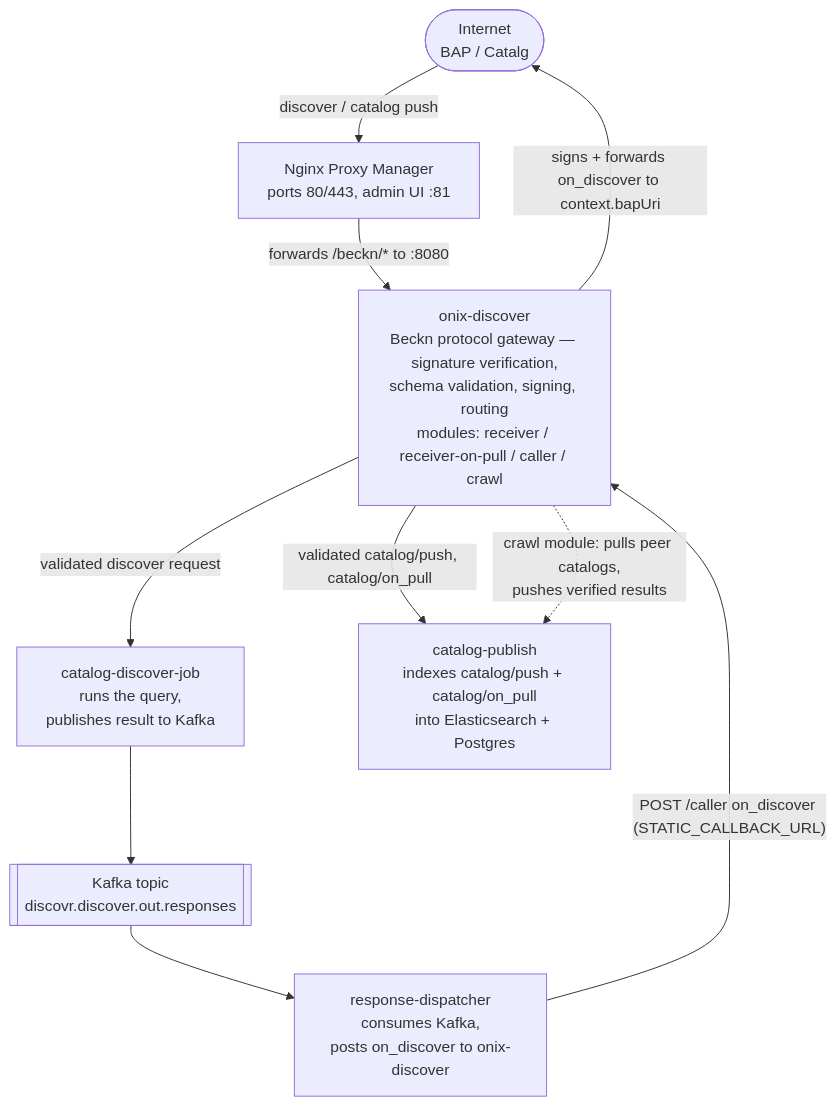
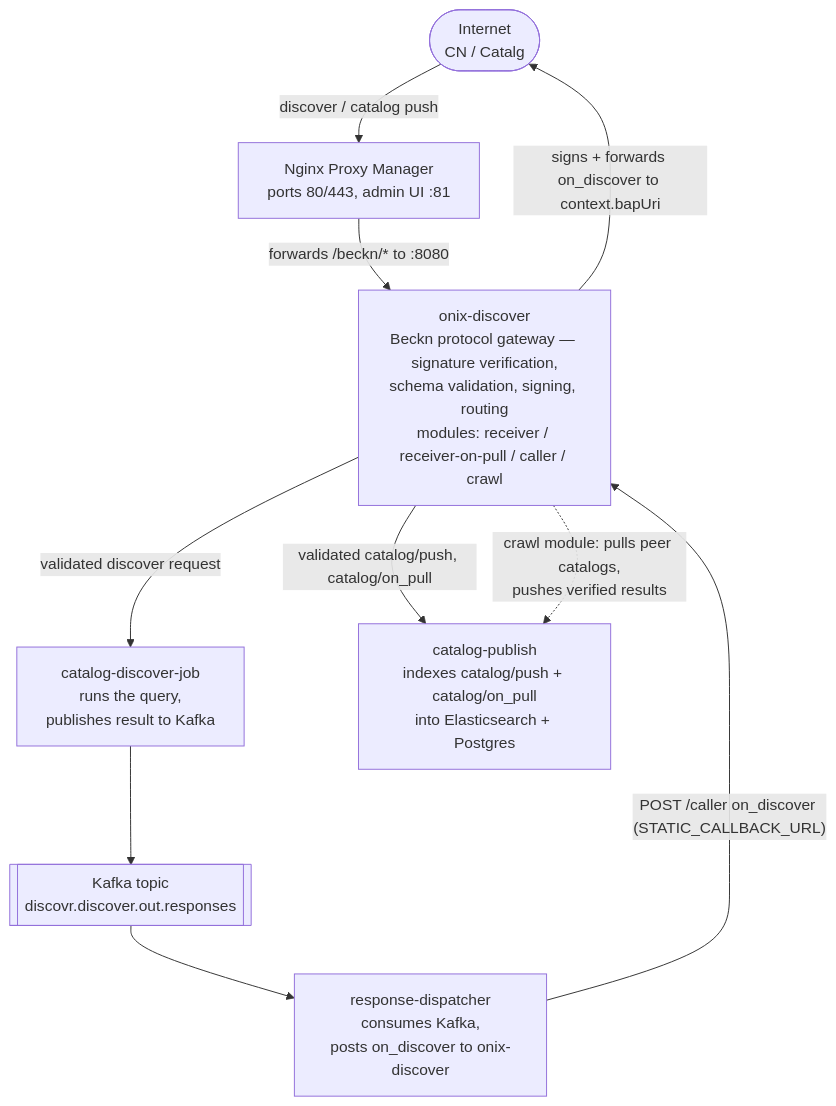
Before and after one commit to beckn/beckn-discovr: the diagram in discovr-deployment/DEPLOYMENT.md, drawn with Mermaid. The commit also changed other lines of this file and 1 other file, not shown here.

````diff
--- a/discovr-deployment/DEPLOYMENT.md
+++ b/discovr-deployment/DEPLOYMENT.md
@@ -15,20 +28,20 @@
 ```mermaid
 flowchart TB
-    Internet(["Internet<br/>BAP / Catalg"])
+    Internet(["Internet<br/>CN / Catalg"])
     NPM["Nginx Proxy Manager<br/>ports 80/443, admin UI :81"]
     Onix["onix-discover<br/>Beckn protocol gateway — signature verification,<br/>schema validation, signing, routing<br/>modules: receiver / receiver-on-pull / caller / crawl"]
     Discover["catalog-discover-job<br/>runs the query,<br/>publishes result to Kafka"]
     Kafka[["Kafka topic<br/>discovr.discover.out.responses"]]
     Dispatcher["response-dispatcher<br/>consumes Kafka,<br/>posts on_discover to onix-discover"]
     Publish["catalog-publish<br/>indexes catalog/push + catalog/on_pull<br/>into Elasticsearch + Postgres"]
 
     Internet -->|discover / catalog push| NPM
     NPM -->|forwards /beckn/* to :8080| Onix
     Onix -->|validated discover request| Discover
     Onix -->|validated catalog/push, catalog/on_pull| Publish
     Onix -.->|crawl module: pulls peer catalogs,<br/>pushes verified results| Publish
     Discover --> Kafka
     Kafka --> Dispatcher
     Dispatcher -->|"POST /caller on_discover (STATIC_CALLBACK_URL)"| Onix
     Onix -->|signs + forwards on_discover to context.bapUri| Internet
 ```
````
